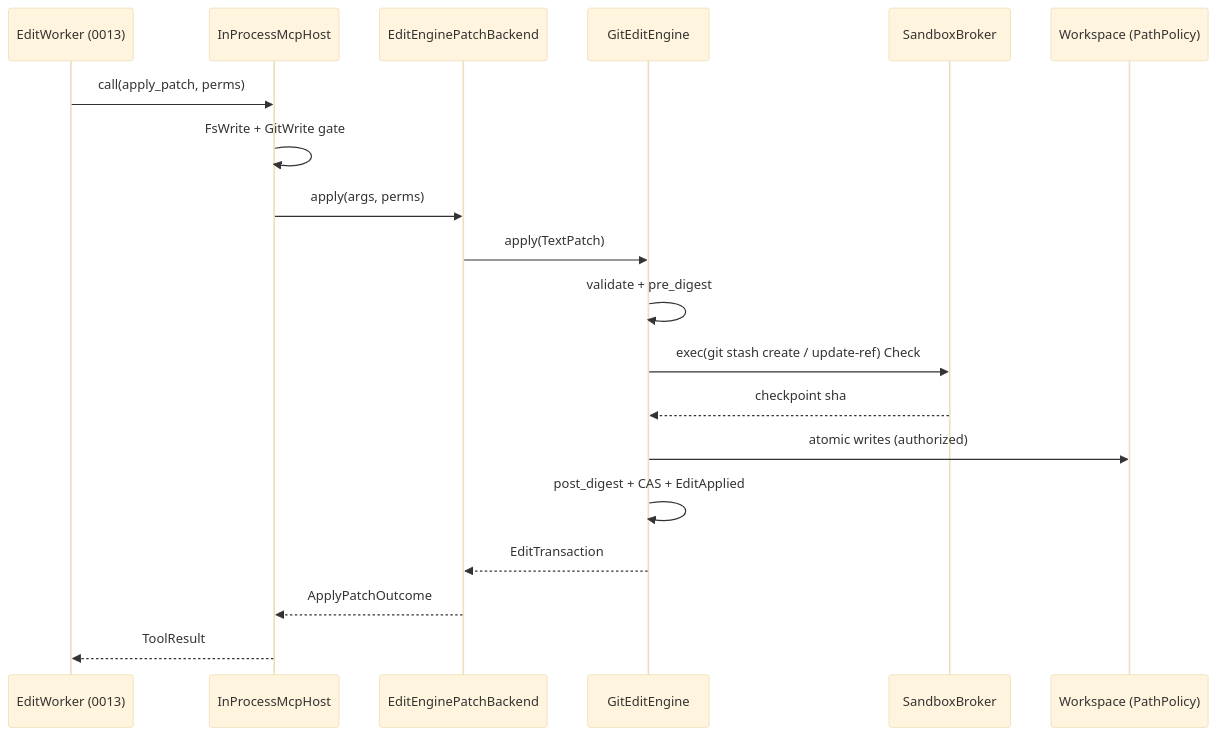
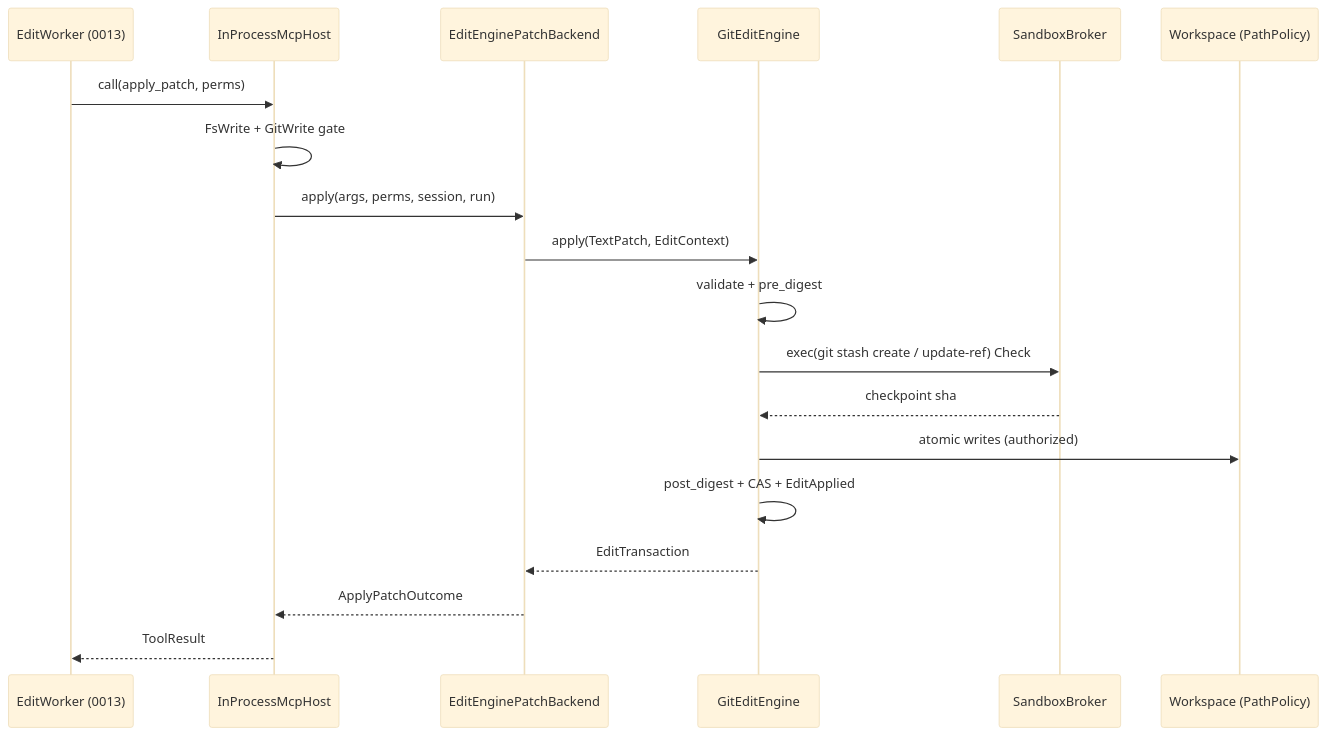
Before and after one commit to arkadianet/Alloy: the second of 3 diagrams in docs/rfcs/RFC-0008-edit-engine.md, drawn with Mermaid (base theme). The commit also changed other lines of this file, not shown here.

````diff
--- a/docs/rfcs/RFC-0008-edit-engine.md
+++ b/docs/rfcs/RFC-0008-edit-engine.md
@@ -1292,22 +1692,22 @@
 ```mermaid
 sequenceDiagram
   participant W as EditWorker (0013)
   participant H as InProcessMcpHost
   participant B as EditEnginePatchBackend
   participant E as GitEditEngine
   participant S as SandboxBroker
   participant FS as Workspace (PathPolicy)
 
   W->>H: call(apply_patch, perms)
   H->>H: FsWrite + GitWrite gate
-  H->>B: apply(args, perms)
-  B->>E: apply(TextPatch)
+  H->>B: apply(args, perms, session, run)
+  B->>E: apply(TextPatch, EditContext)
   E->>E: validate + pre_digest
   E->>S: exec(git stash create / update-ref) Check
   S-->>E: checkpoint sha
   E->>FS: atomic writes (authorized)
   E->>E: post_digest + CAS + EditApplied
   E-->>B: EditTransaction
   B-->>H: ApplyPatchOutcome
   H-->>W: ToolResult
 ```
````
